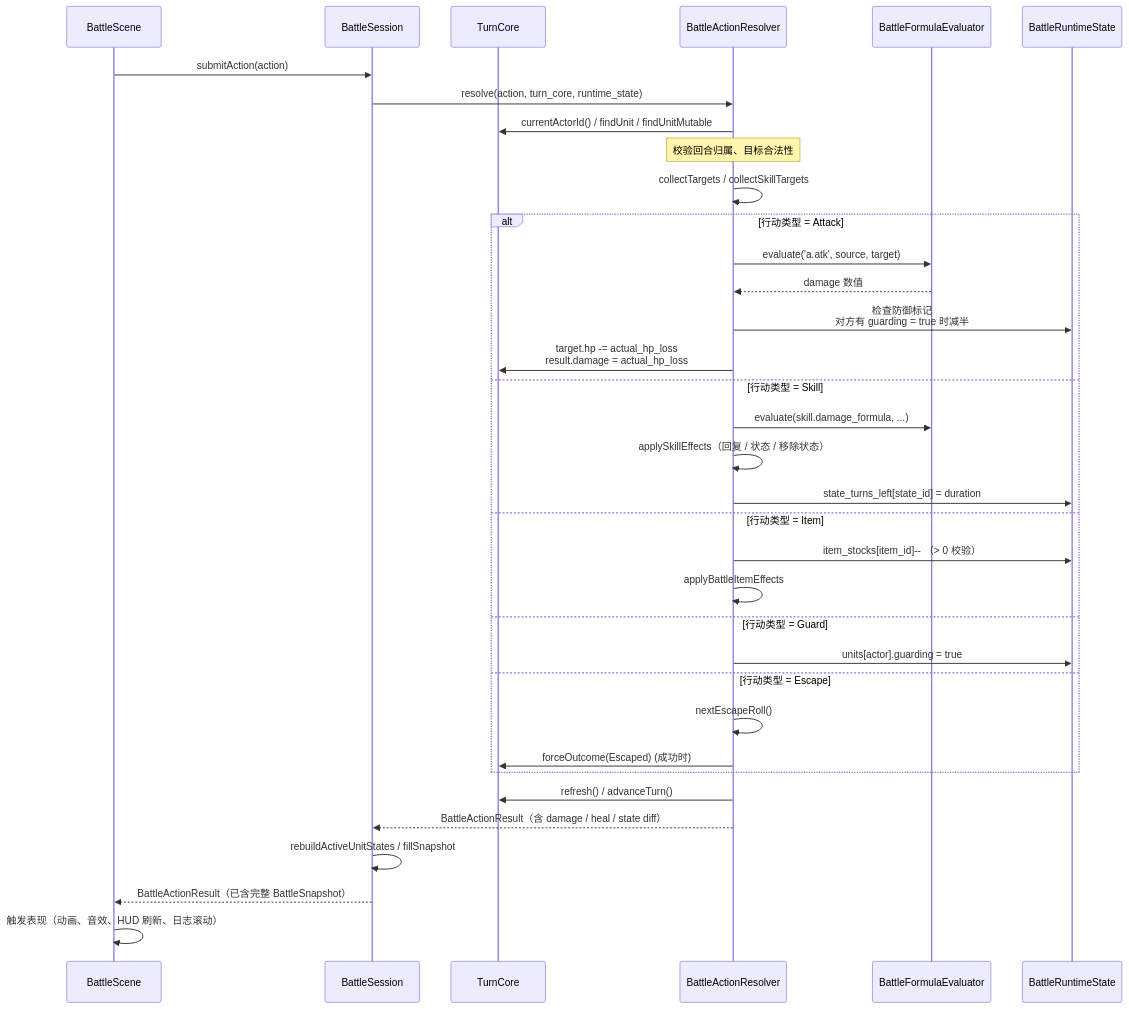
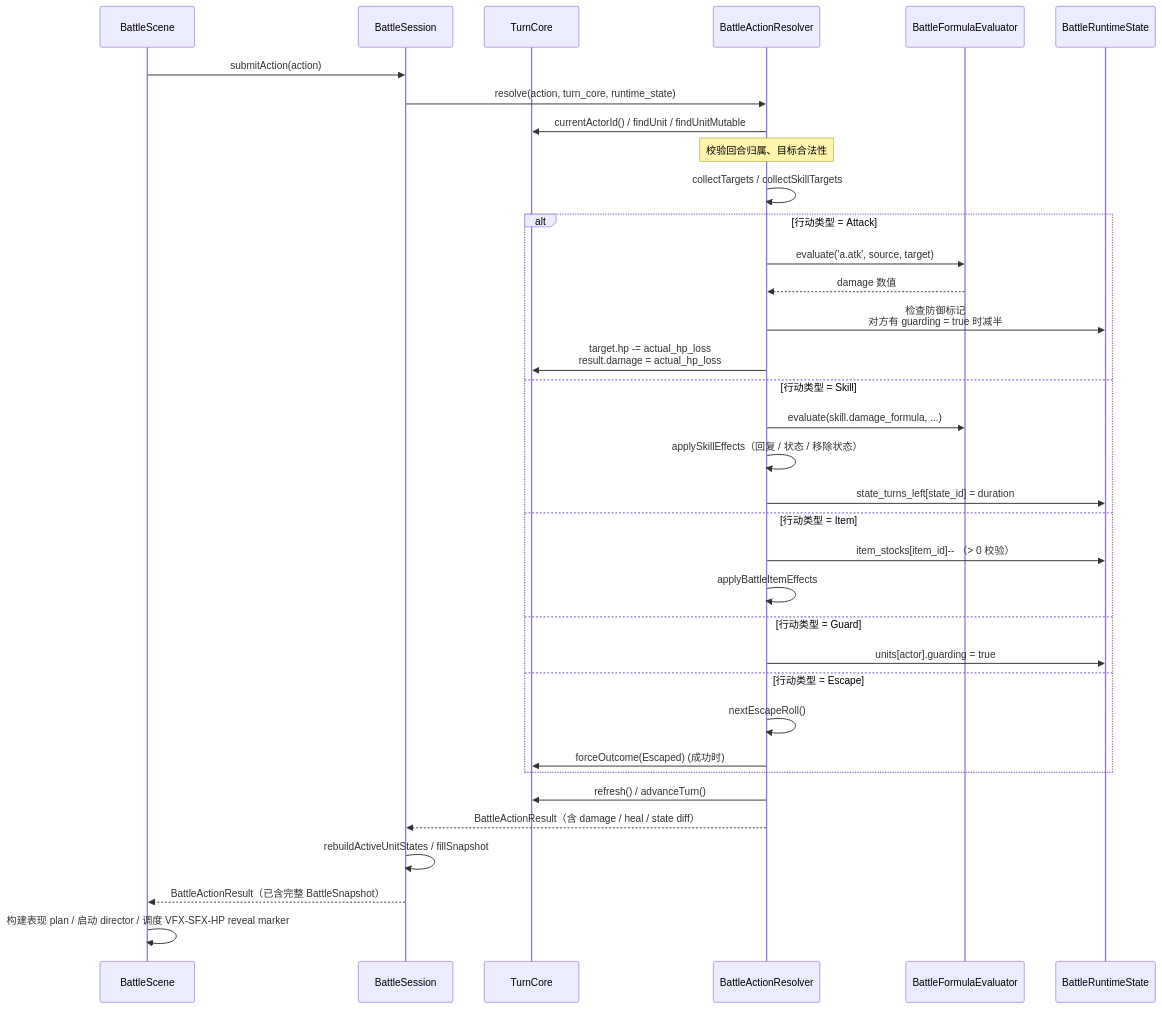
Before and after one commit to WispSnow/TinyFarmRPG: the third of 6 diagrams in docs/game/battle-internals.md, drawn with Mermaid. The commit also changed other lines of this file and 15 other files, not shown here.

````diff
--- a/docs/game/battle-internals.md
+++ b/docs/game/battle-internals.md
@@ -119,38 +119,38 @@
 ```mermaid
 sequenceDiagram
     participant SCN as BattleScene
     participant SESS as BattleSession
     participant TC as TurnCore
     participant AR as BattleActionResolver
     participant FE as BattleFormulaEvaluator
     participant RT as BattleRuntimeState
 
     SCN->>SESS: submitAction(action)
     SESS->>AR: resolve(action, turn_core, runtime_state)
     AR->>TC: currentActorId() / findUnit / findUnitMutable
     Note over AR: 校验回合归属、目标合法性
     AR->>AR: collectTargets / collectSkillTargets
     alt 行动类型 = Attack
         AR->>FE: evaluate('a.atk', source, target)
         FE-->>AR: damage 数值
         AR->>RT: 检查防御标记<br/>对方有 guarding = true 时减半
         AR->>TC: target.hp -= actual_hp_loss<br/>result.damage = actual_hp_loss
     else 行动类型 = Skill
         AR->>FE: evaluate(skill.damage_formula, ...)
         AR->>AR: applySkillEffects（回复 / 状态 / 移除状态）
         AR->>RT: state_turns_left[state_id] = duration
     else 行动类型 = Item
         AR->>RT: item_stocks[item_id]-- （> 0 校验）
         AR->>AR: applyBattleItemEffects
     else 行动类型 = Guard
         AR->>RT: units[actor].guarding = true
     else 行动类型 = Escape
         AR->>AR: nextEscapeRoll()
         AR->>TC: forceOutcome(Escaped) (成功时)
     end
     AR->>TC: refresh() / advanceTurn()
     AR-->>SESS: BattleActionResult（含 damage / heal / state diff）
     SESS->>SESS: rebuildActiveUnitStates / fillSnapshot
     SESS-->>SCN: BattleActionResult（已含完整 BattleSnapshot）
-    SCN->>SCN: 触发表现（动画、音效、HUD 刷新、日志滚动）
+    SCN->>SCN: 构建表现 plan / 启动 director / 调度 VFX-SFX-HP reveal marker
 ```
````
